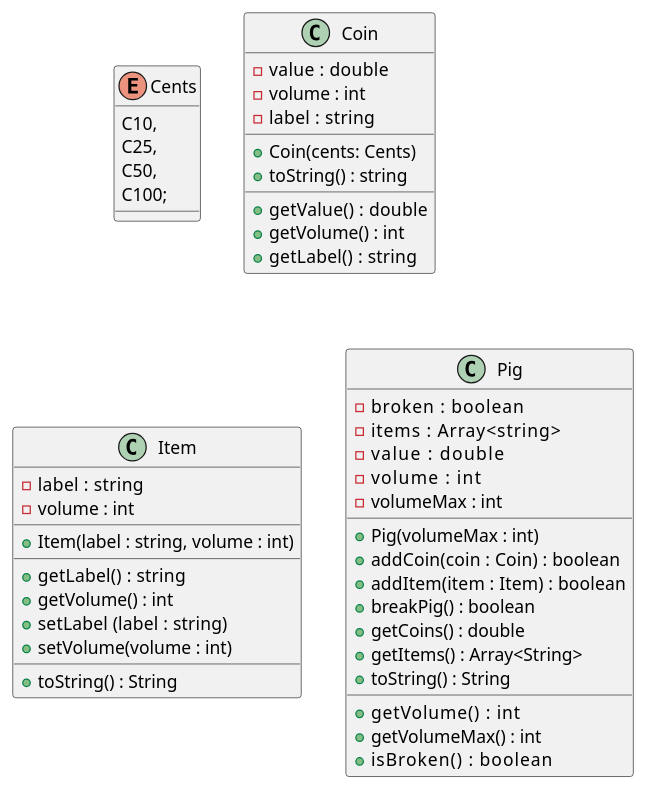
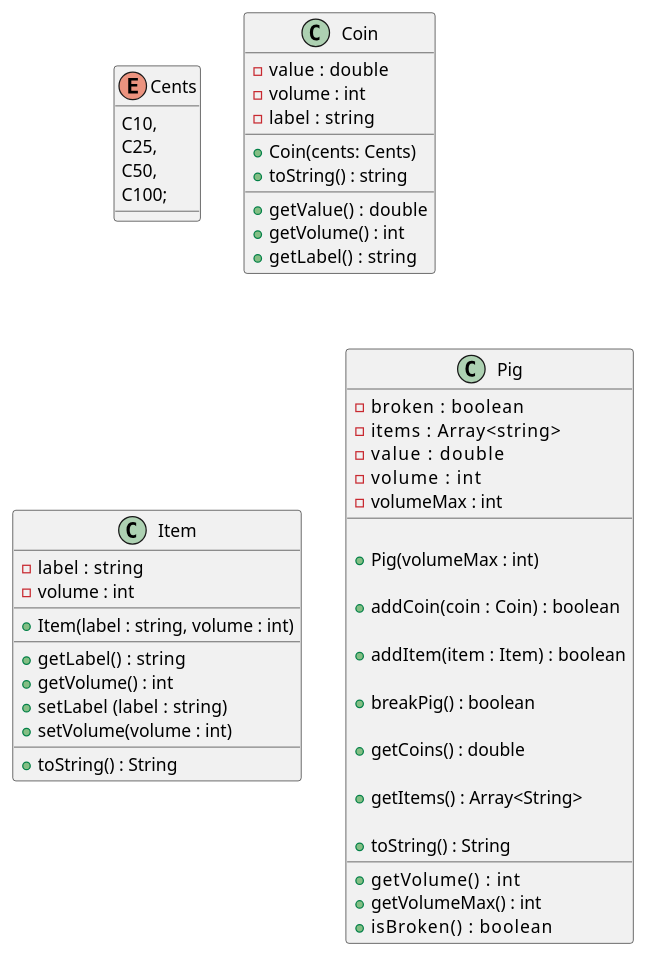
One commit to qxcodepoo/arcade changed the diagram in base/017/.cache/Readme.md. Above: the diagram before and after it, drawn with PlantUML. The commit also changed 3 other files, not shown here.

````diff
--- a/base/017/.cache/Readme.md
+++ b/base/017/.cache/Readme.md
@@ -38,71 +38,71 @@
 ```plantuml
 enum Cents{
   C10, 
   C25,
   C50,
   C100;
 }
 
 class Coin {
   - value  : double
   - volume : int
   - label  : string
   __
   + Coin(cents: Cents)
   + toString() : string
   __
   + getValue()  : double
   + getVolume() : int
   + getLabel()  : string
 }
 
 class Item {
   - label  : string
   - volume : int
   __
   + Item(label : string, volume : int)
   __
   + getLabel()  : string
   + getVolume() : int
   + setLabel (label  : string)
   + setVolume(volume : int)
   __
   + toString() : String
 }
 
 class Pig {
   - broken    : boolean
   - items     : Array<string>
   - value     : double
   - volume    : int
   - volumeMax : int
   __
-  '
+  
   ' inicializa o volumeMax
   + Pig(volumeMax : int)
-  '
+  
   ' se nao estiver quebrado e couber, adicione o value e o volume
   + addCoin(coin  : Coin) : boolean
-  '
+  
   ' se não estiver quebrado e couber, adicione no volume e na descrição
   + addItem(item  : Item) : boolean
-  '
+  
   ' quebre o pig, zere o volume
   + breakPig() : boolean
-  '
+  
   ' se estiver quebrado, pegue e retorne o value
   + getCoins() : double
-  '
+  
   ' se estiver quebrado, pegue e retorno os itens
   ' se não estiver quebrado, emita o erro e retorne uma lista vazia
   + getItems() : Array<String>
-  '
+  
   ' retorna uma string com uma lista de itens, valor, volume / volumeMax, 
   ' e se o porquinho está quebrado ou não
   + toString() : String
   __
   + getVolume()    : int
   + getVolumeMax() : int
   + isBroken()     : boolean
 }
 ```
````
